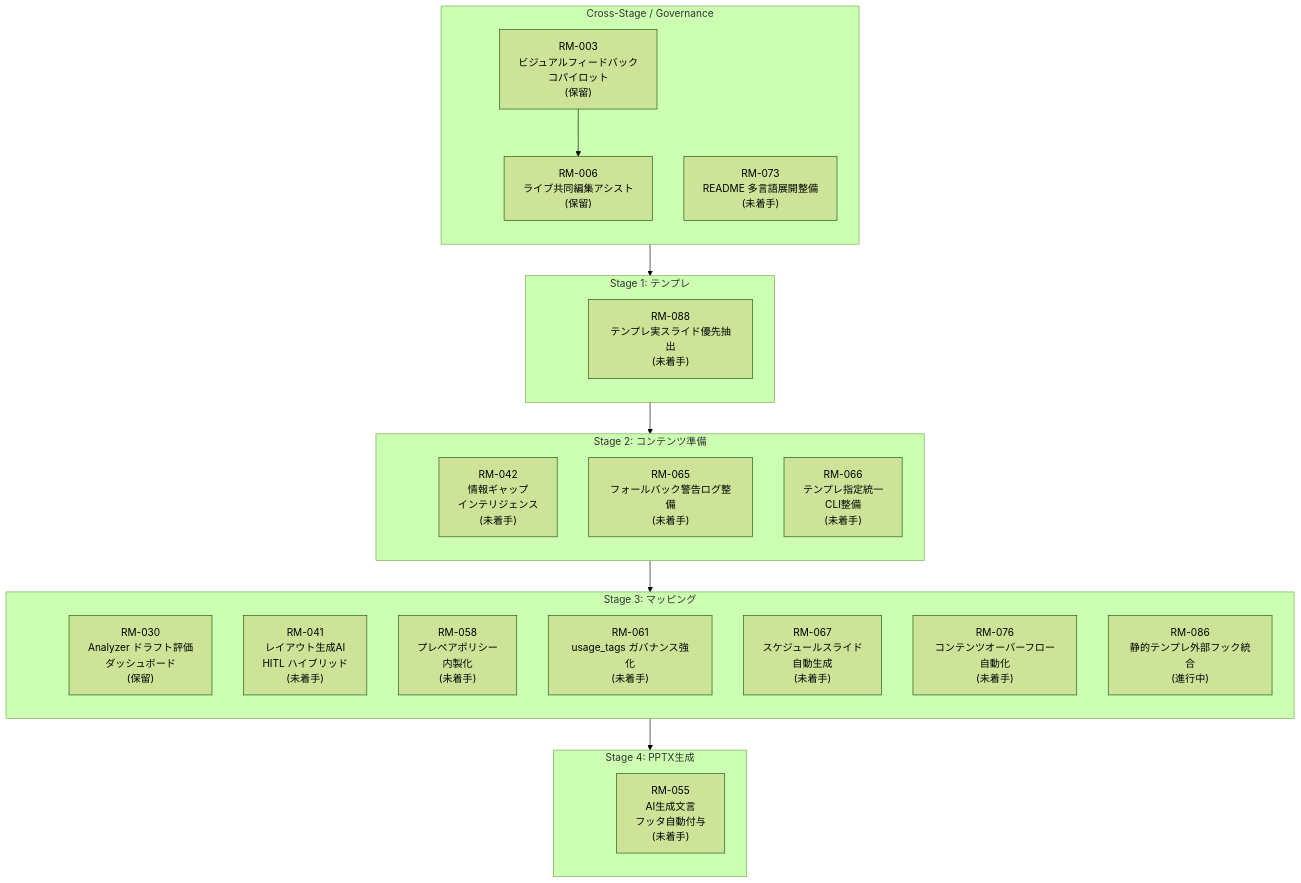
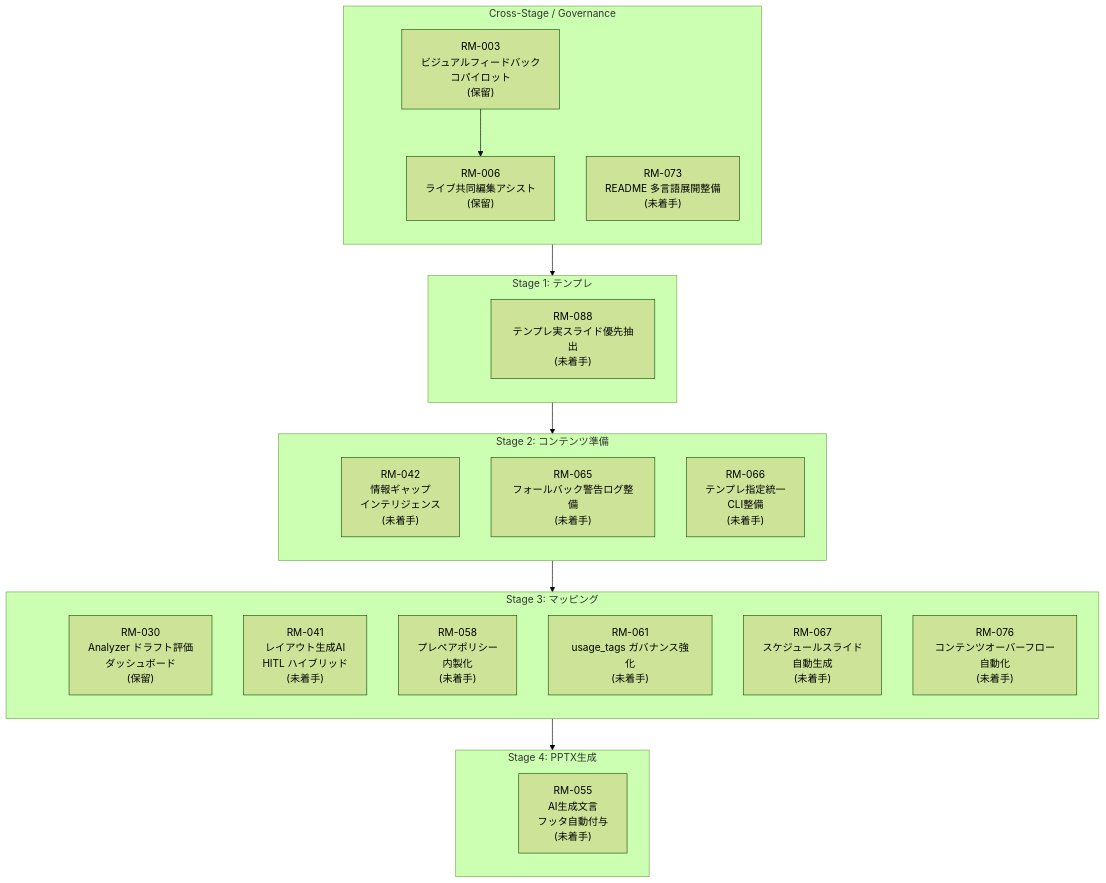
Before and after one commit to yurake/pptx_generator: the diagram in docs/roadmap/roadmap.md, drawn with Mermaid (forest theme). The commit also changed other lines of this file and 2 other files, not shown here.

````diff
--- a/docs/roadmap/roadmap.md
+++ b/docs/roadmap/roadmap.md
@@ -25,52 +25,51 @@
 ```mermaid
 flowchart TB
     subgraph GOV["Cross-Stage / Governance"]
         direction TB
         GOV_ANCHOR(( ))
         RM003["RM-003<br/>ビジュアルフィードバック<br/>コパイロット<br/>(保留)"]
         RM006["RM-006<br/>ライブ共同編集アシスト<br/>(保留)"]
         RM073["RM-073<br/>README 多言語展開整備<br/>(未着手)"]
     end
 
     subgraph ST1["Stage 1: テンプレ"]
         direction TB
         ST1_ANCHOR(( ))
         RM088["RM-088<br/>テンプレ実スライド優先抽出<br/>(未着手)"]
     end
 
     subgraph ST2["Stage 2: コンテンツ準備"]
         direction TB
         ST2_ANCHOR(( ))
         RM042["RM-042<br/>情報ギャップ<br/>インテリジェンス<br/>(未着手)"]
         RM065["RM-065<br/>フォールバック警告ログ整備<br/>(未着手)"]
         RM066["RM-066<br/>テンプレ指定統一<br/>CLI整備<br/>(未着手)"]
     end
 
     subgraph ST3["Stage 3: マッピング"]
         direction TB
         ST3_ANCHOR(( ))
         RM030["RM-030<br/>Analyzer ドラフト評価<br/>ダッシュボード<br/>(保留)"]
         RM041["RM-041<br/>レイアウト生成AI<br/>HITL ハイブリッド<br/>(未着手)"]
         RM058["RM-058<br/>プレペアポリシー<br/>内製化<br/>(未着手)"]
         RM061["RM-061<br/>usage_tags ガバナンス強化<br/>(未着手)"]
         RM067["RM-067<br/>スケジュールスライド<br/>自動生成<br/>(未着手)"]
         RM076["RM-076<br/>コンテンツオーバーフロー自動化<br/>(未着手)"]
-        RM086["RM-086<br/>静的テンプレ外部フック統合<br/>(進行中)"]
     end
 
     subgraph ST4["Stage 4: PPTX生成"]
         direction TB
         ST4_ANCHOR(( ))
         RM055["RM-055<br/>AI生成文言<br/>フッタ自動付与<br/>(未着手)"]
     end
 
     style GOV_ANCHOR fill:transparent,stroke:transparent
     style ST1_ANCHOR fill:transparent,stroke:transparent
     style ST2_ANCHOR fill:transparent,stroke:transparent
     style ST3_ANCHOR fill:transparent,stroke:transparent
     style ST4_ANCHOR fill:transparent,stroke:transparent
 
     GOV_ANCHOR --> ST1_ANCHOR --> ST2_ANCHOR --> ST3_ANCHOR --> ST4_ANCHOR
 
     RM003 --> RM006
 ```
````
